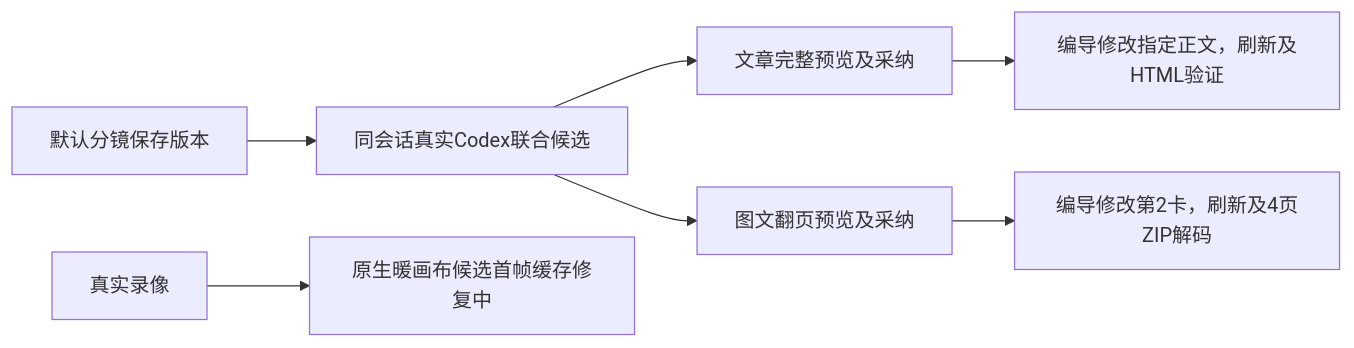
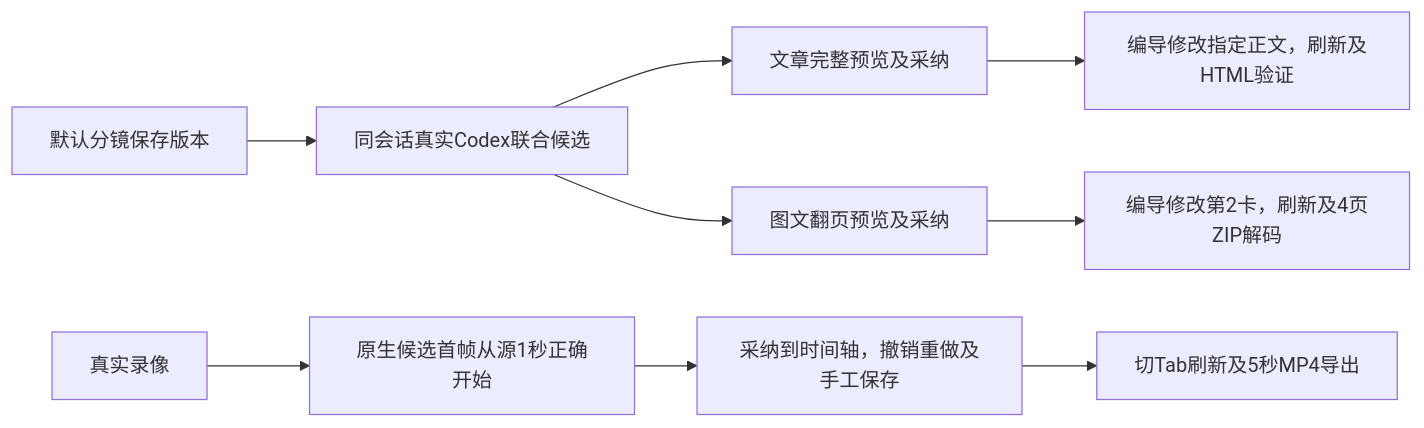
The diagram in docs/verification/t1070/CURRENT_VALIDATION.md (zzyong24/Thirdspace-creator), drawn with Mermaid before and after one commit. The commit also changed other lines of this file and 10 other files, not shown here.

````diff
--- a/docs/verification/t1070/CURRENT_VALIDATION.md
+++ b/docs/verification/t1070/CURRENT_VALIDATION.md
@@ -5,9 +5,11 @@
 ```mermaid
 flowchart LR
  S[默认分镜保存版本] --> G[同会话真实Codex联合候选]
  G --> A[文章完整预览及采纳]
  G --> P[图文翻页预览及采纳]
  A --> R[编导修改指定正文，刷新及HTML验证]
  P --> E[编导修改第2卡，刷新及4页ZIP解码]
- V[真实录像] --> C[原生暖画布候选首帧缓存修复中]
+ V[真实录像] --> C[原生候选首帧从源1秒正确开始]
+ C --> N[采纳到时间轴，撤销重做及手工保存]
+ N --> O[切Tab刷新及5秒MP4导出]
 ```
````
